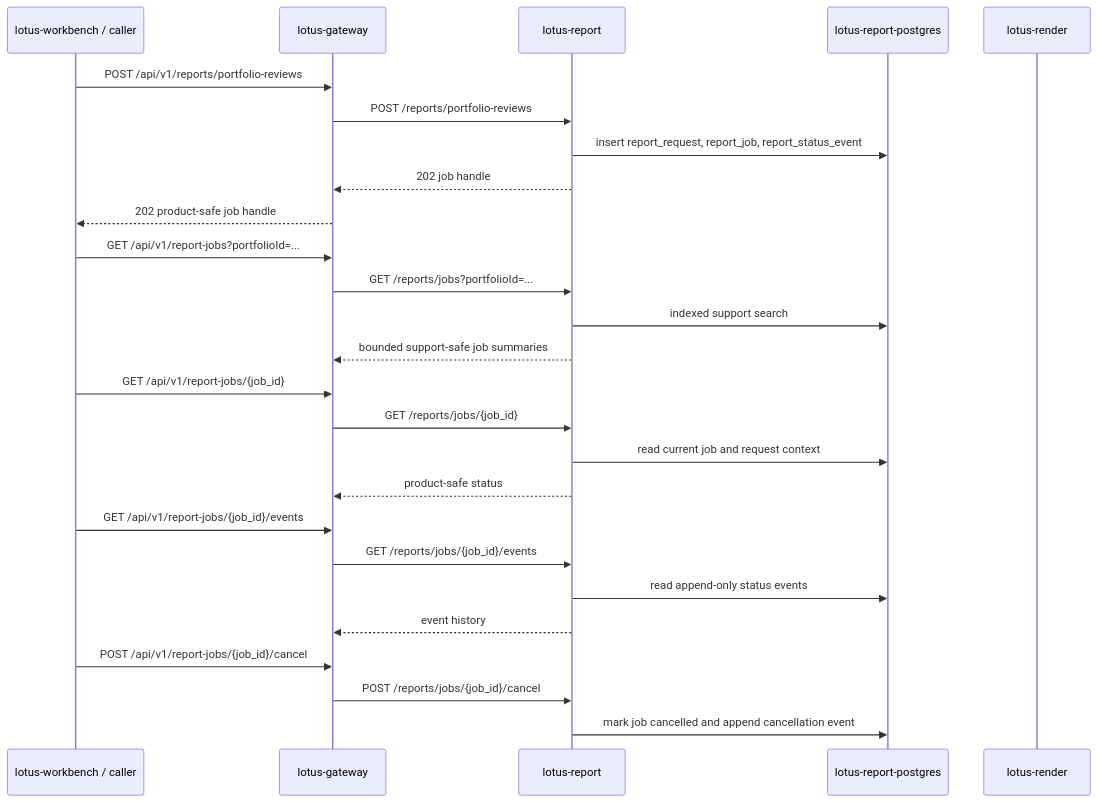
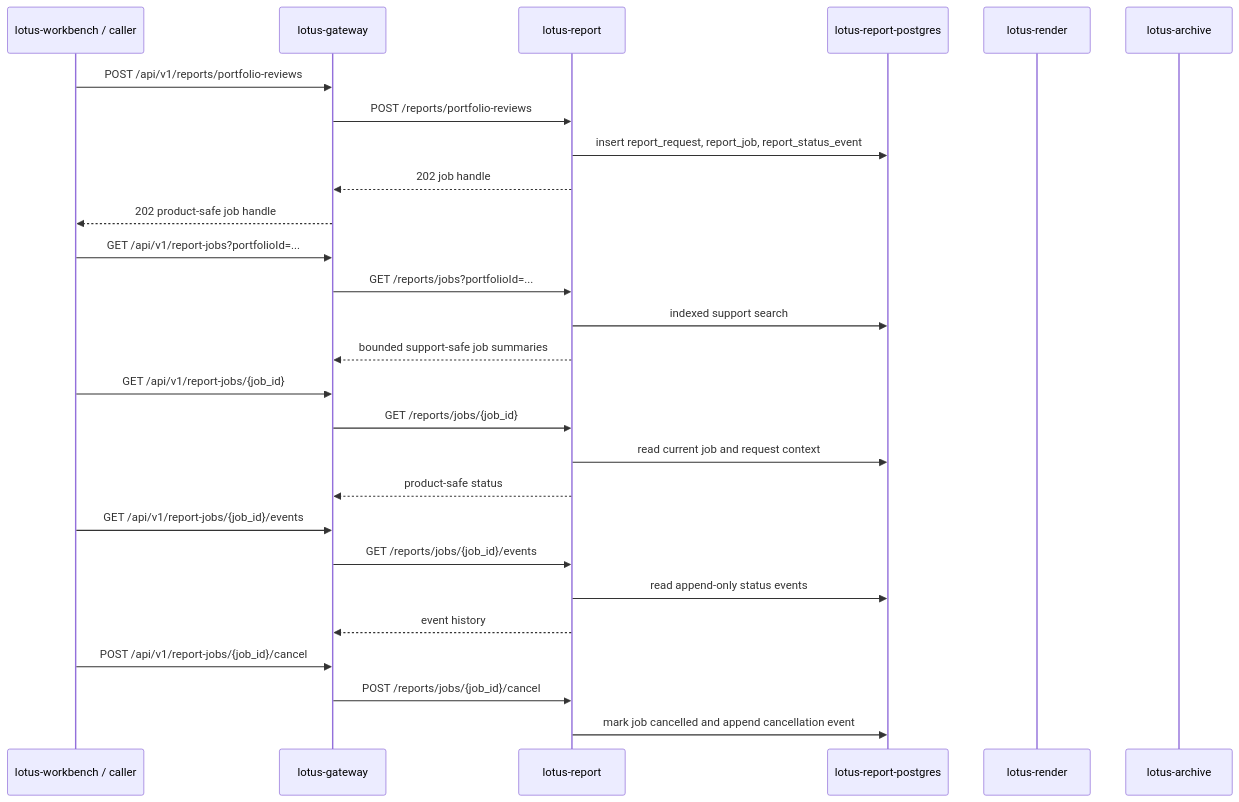
The first of 2 diagrams in wiki/Operations-Runbook.md (sgajbi/lotus-report), drawn with Mermaid before and after one commit. The commit also changed other lines of this file and 23 other files, not shown here.

````diff
--- a/wiki/Operations-Runbook.md
+++ b/wiki/Operations-Runbook.md
@@ -56,29 +56,30 @@
 ```mermaid
 sequenceDiagram
     participant WB as lotus-workbench / caller
     participant GW as lotus-gateway
     participant REPORT as lotus-report
     participant PG as lotus-report-postgres
     participant RENDER as lotus-render
+    participant ARCHIVE as lotus-archive
 
     WB->>GW: POST /api/v1/reports/portfolio-reviews
     GW->>REPORT: POST /reports/portfolio-reviews
     REPORT->>PG: insert report_request, report_job, report_status_event
     REPORT-->>GW: 202 job handle
     GW-->>WB: 202 product-safe job handle
     WB->>GW: GET /api/v1/report-jobs?portfolioId=...
     GW->>REPORT: GET /reports/jobs?portfolioId=...
     REPORT->>PG: indexed support search
     REPORT-->>GW: bounded support-safe job summaries
     WB->>GW: GET /api/v1/report-jobs/{job_id}
     GW->>REPORT: GET /reports/jobs/{job_id}
     REPORT->>PG: read current job and request context
     REPORT-->>GW: product-safe status
     WB->>GW: GET /api/v1/report-jobs/{job_id}/events
     GW->>REPORT: GET /reports/jobs/{job_id}/events
     REPORT->>PG: read append-only status events
     REPORT-->>GW: event history
     WB->>GW: POST /api/v1/report-jobs/{job_id}/cancel
     GW->>REPORT: POST /reports/jobs/{job_id}/cancel
     REPORT->>PG: mark job cancelled and append cancellation event
 ```
````
